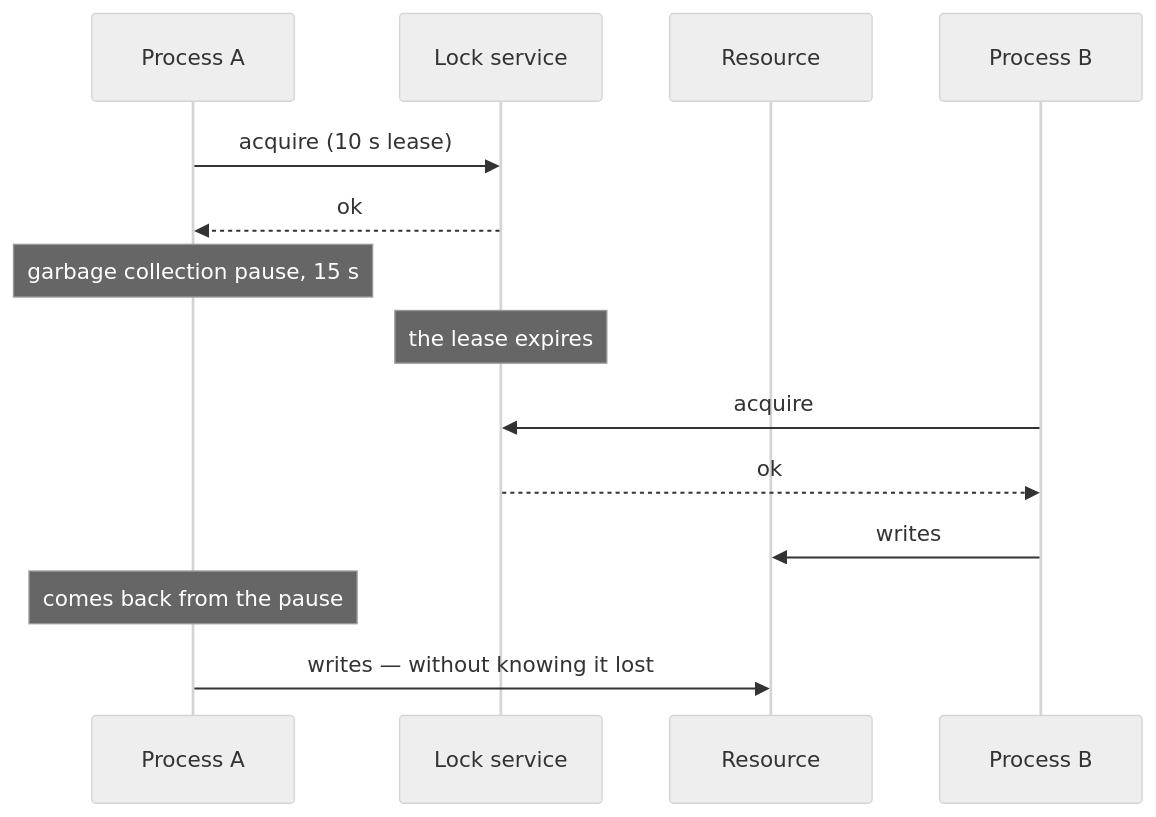
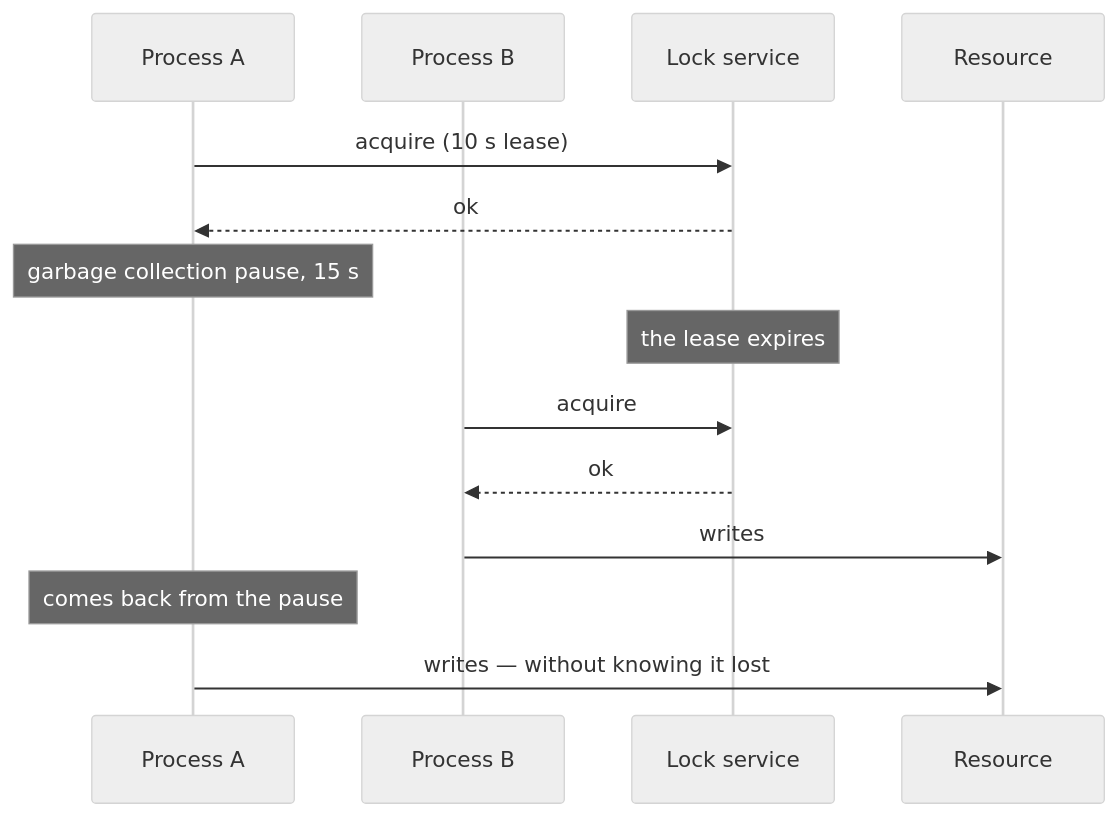
The diagram in i18n/en-US/docusaurus-plugin-content-docs/current/06-distributed-systems/distributed-locks.md (oadcavalcante/software-architecture-mastery), drawn with Mermaid (neutral theme) before and after one commit. The commit also changed other lines of this file and 21 other files, not shown here.

````diff
--- a/i18n/en-US/docusaurus-plugin-content-docs/current/06-distributed-systems/distributed-locks.md
+++ b/i18n/en-US/docusaurus-plugin-content-docs/current/06-distributed-systems/distributed-locks.md
@@ -41,16 +41,16 @@
 ```mermaid
 sequenceDiagram
   participant A as Process A
+  participant B as Process B
   participant L as Lock service
   participant R as Resource
   A->>L: acquire (10 s lease)
   L-->>A: ok
   Note over A: garbage collection pause, 15 s
   Note over L: the lease expires
-  participant B as Process B
   B->>L: acquire
   L-->>B: ok
   B->>R: writes
   Note over A: comes back from the pause
   A->>R: writes — without knowing it lost
 ```
````
